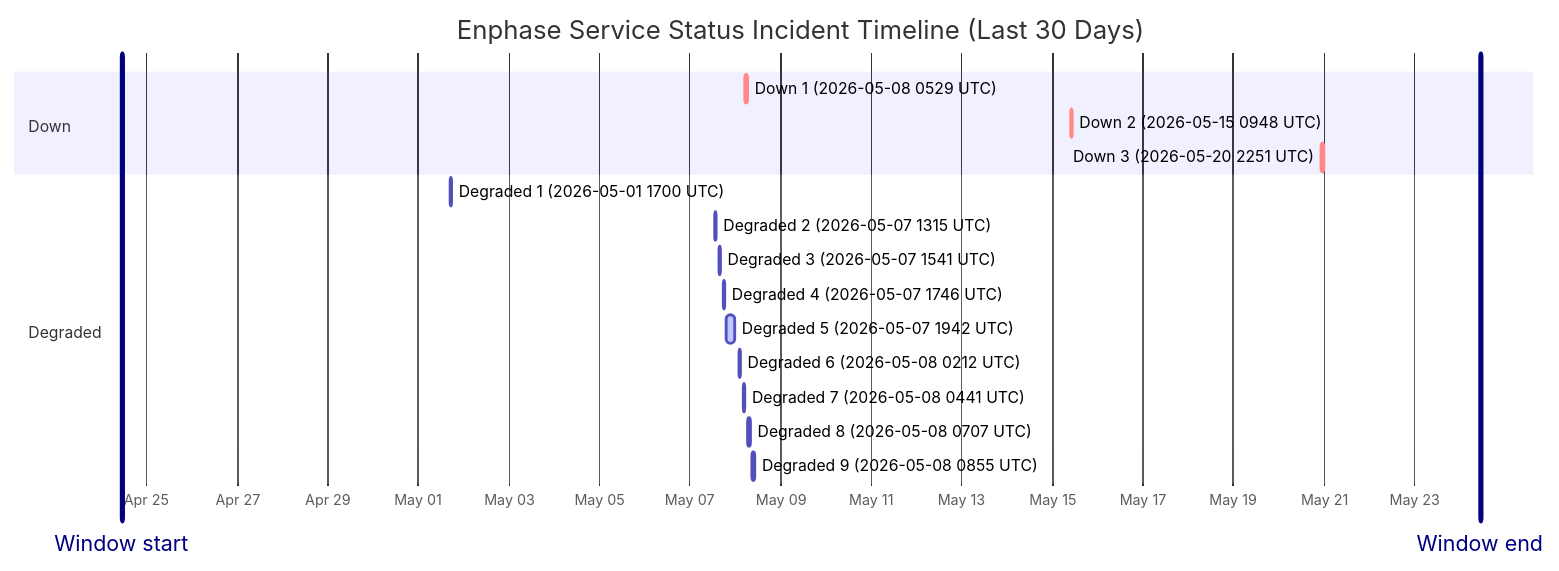
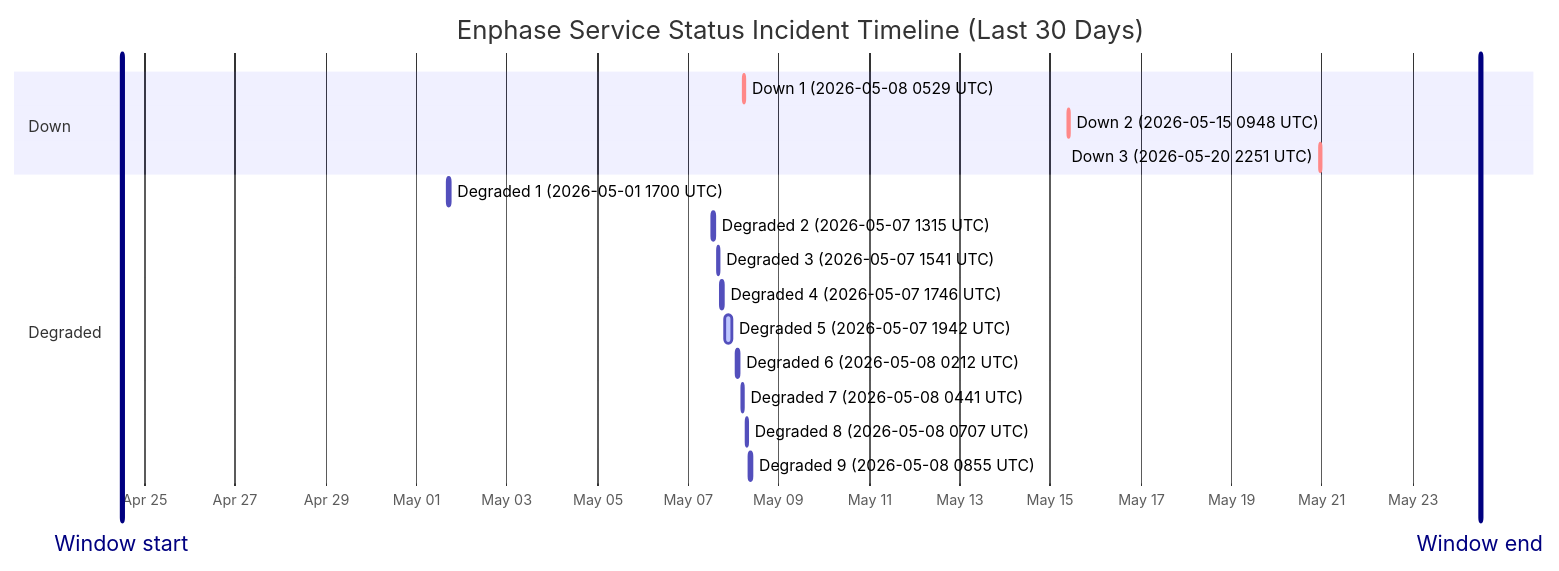
Before and after one commit to barneyonline/ha-enphase-ev-charger: the diagram in wiki/Service-Status-History.md, drawn with Mermaid. The commit also changed other lines of this file and 3 other files, not shown here.

````diff
--- a/wiki/Service-Status-History.md
+++ b/wiki/Service-Status-History.md
@@ -14,22 +14,22 @@
 ```mermaid
 gantt
     title Enphase Service Status Incident Timeline (Last 30 Days)
     dateFormat  YYYY-MM-DDTHH:mm:ss
     axisFormat  %b %d
-    Window start :vert, window-start, 2026-04-24T10:54:00, 0ms
-    Window end :vert, window-end, 2026-05-24T10:54:00, 0ms
+    Window start :vert, window-start, 2026-04-24T11:59:57, 0ms
+    Window end :vert, window-end, 2026-05-24T11:59:57, 0ms
     section Down
     Down 1 (2026-05-08 0529 UTC) :crit, down-1, 2026-05-08T05:29:47, 60m
     Down 2 (2026-05-15 0948 UTC) :crit, down-2, 2026-05-15T09:48:18, 60m
     Down 3 (2026-05-20 2251 UTC) :crit, down-3, 2026-05-20T22:51:14, 75m
     section Degraded
     Degraded 1 (2026-05-01 1700 UTC) :active, degraded-1, 2026-05-01T17:00:22, 60m
     Degraded 2 (2026-05-07 1315 UTC) :active, degraded-2, 2026-05-07T13:15:25, 60m
     Degraded 3 (2026-05-07 1541 UTC) :active, degraded-3, 2026-05-07T15:41:58, 60m
     Degraded 4 (2026-05-07 1746 UTC) :active, degraded-4, 2026-05-07T17:46:51, 60m
     Degraded 5 (2026-05-07 1942 UTC) :active, degraded-5, 2026-05-07T19:42:10, 249m
     Degraded 6 (2026-05-08 0212 UTC) :active, degraded-6, 2026-05-08T02:12:39, 60m
     Degraded 7 (2026-05-08 0441 UTC) :active, degraded-7, 2026-05-08T04:41:46, 60m
     Degraded 8 (2026-05-08 0707 UTC) :active, degraded-8, 2026-05-08T07:07:30, 60m
     Degraded 9 (2026-05-08 0855 UTC) :active, degraded-9, 2026-05-08T08:55:20, 88m
 ```
````
